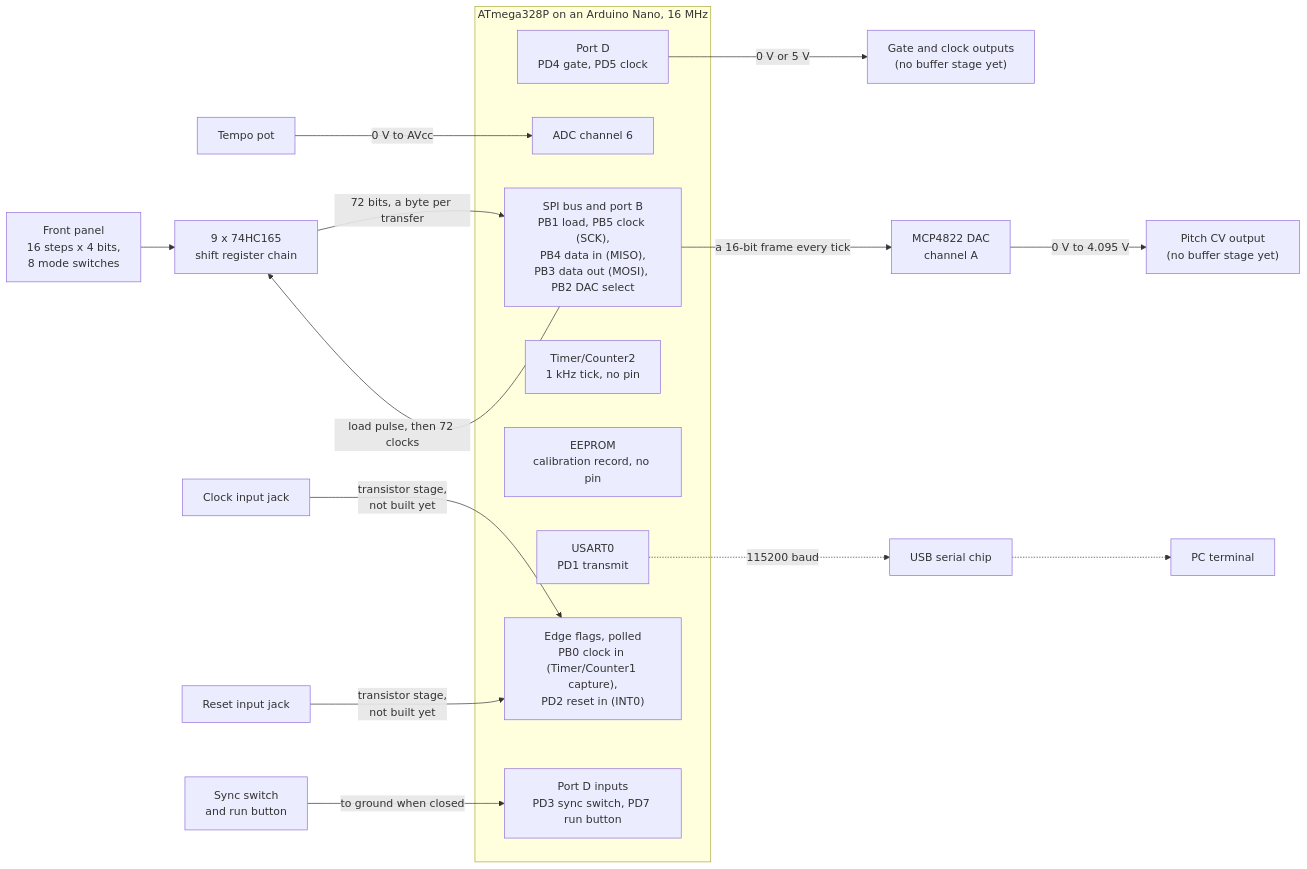
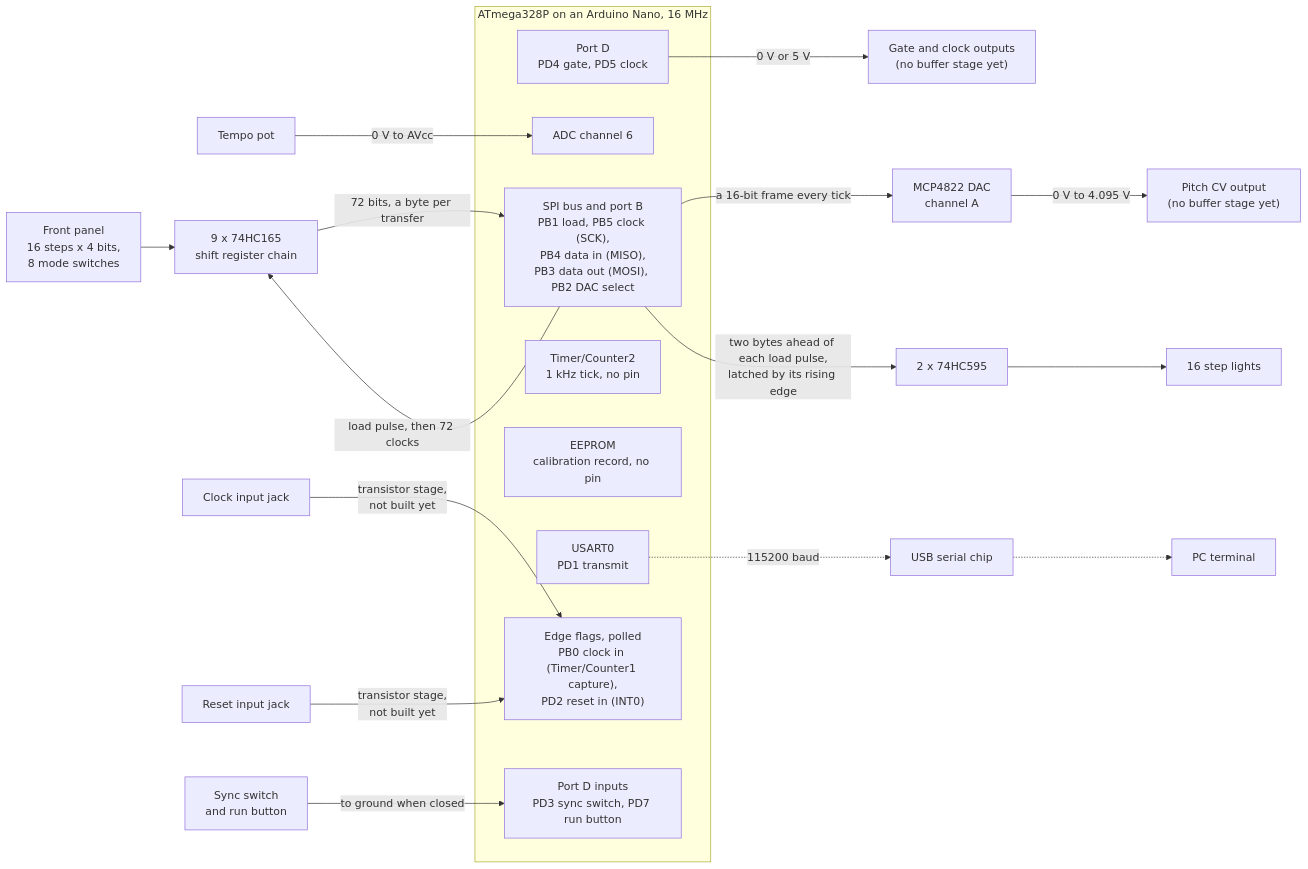
One commit to BonelessPig/nano_sequencer changed the first of 27 diagrams in docs/ARCHITECTURE.md. Above: the diagram before and after it, drawn with Mermaid. The commit also changed other lines of this file and 44 other files, not shown here.

````diff
--- a/docs/ARCHITECTURE.md
+++ b/docs/ARCHITECTURE.md
@@ -32,26 +32,28 @@
 ```mermaid
 flowchart LR
     panel["Front panel<br/>16 steps x 4 bits,<br/>8 mode switches"] --> chain["9 x 74HC165<br/>shift register chain"]
     pot["Tempo pot"]
     subgraph mcu["ATmega328P on an Arduino Nano, 16 MHz"]
         gpio["SPI bus and port B<br/>PB1 load, PB5 clock (SCK),<br/>PB4 data in (MISO),<br/>PB3 data out (MOSI), PB2 DAC select"]
         adc["ADC channel 6"]
         usart["USART0<br/>PD1 transmit"]
         timer["Timer/Counter2<br/>1 kHz tick, no pin"]
         eeprom["EEPROM<br/>calibration record, no pin"]
         outs["Port D<br/>PD4 gate, PD5 clock"]
         edges["Edge flags, polled<br/>PB0 clock in (Timer/Counter1 capture),<br/>PD2 reset in (INT0)"]
         levels["Port D inputs<br/>PD3 sync switch, PD7 run button"]
     end
     clkjack["Clock input jack"] -->|"transistor stage,<br/>not built yet"| edges
     rstjack["Reset input jack"] -->|"transistor stage,<br/>not built yet"| edges
     sw["Sync switch<br/>and run button"] -->|"to ground when closed"| levels
     outs -->|"0 V or 5 V"| jacks["Gate and clock outputs<br/>(no buffer stage yet)"]
     gpio -->|"load pulse, then 72 clocks"| chain
     gpio -->|"a 16-bit frame every tick"| dac["MCP4822 DAC<br/>channel A"]
+    gpio -->|"two bytes ahead of each load pulse,<br/>latched by its rising edge"| ledchain["2 x 74HC595"]
+    ledchain --> lights["16 step lights"]
     dac -->|"0 V to 4.095 V"| cvjack["Pitch CV output<br/>(no buffer stage yet)"]
     chain -->|"72 bits, a byte per transfer"| gpio
     pot -->|"0 V to AVcc"| adc
     usart -.->|"115200 baud"| usb["USB serial chip"]
     usb -.-> pc["PC terminal"]
 ```
````
